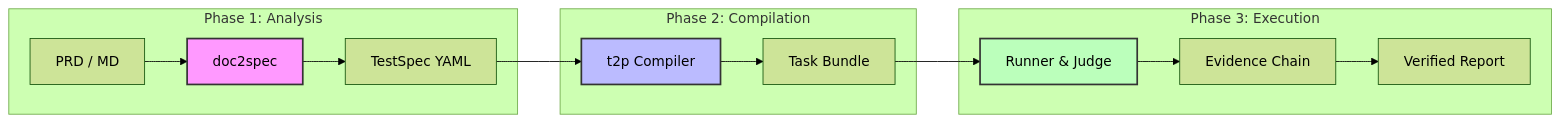
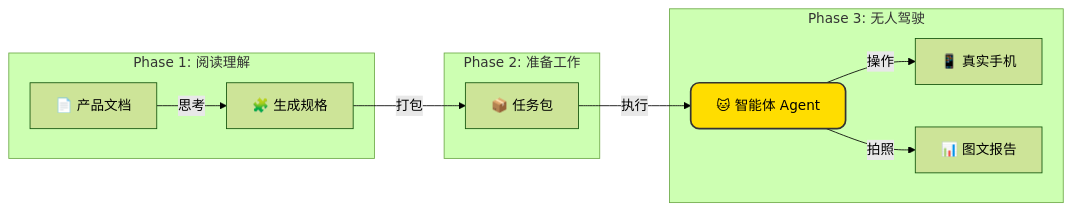
The diagram in README.md (Yell0wMe/TesterAgent), drawn with Mermaid (forest theme) before and after one commit. The commit also changed other lines of this file and 25 other files, not shown here.

````diff
--- a/README.md
+++ b/README.md
@@ -58,22 +67,18 @@
 ```mermaid
 graph LR
-    subgraph "Phase 1: Analysis"
-    Doc[PRD / MD] --> D2S[doc2spec]
-    D2S --> TS[TestSpec YAML]
+    subgraph "Phase 1: 阅读理解"
+    Doc[📄 产品文档] -->|思考| Build[🧩 生成规格]
     end
 
-    subgraph "Phase 2: Compilation"
-    TS --> T2P[t2p Compiler]
-    T2P --> TB[Task Bundle]
+    subgraph "Phase 2: 准备工作"
+    Build -->|打包| Bundle[📦 任务包]
     end
 
-    subgraph "Phase 3: Execution"
-    TB --> Runner[Runner & Judge]
-    Runner --> Evidence[Evidence Chain]
-    Evidence --> Verdict[Verified Report]
+    subgraph "Phase 3: 无人驾驶"
+    Bundle -->|执行| Cat[🐱 智能体 Agent]
+    Cat -->|操作| Phone[📱 真实手机]
+    Cat -->|拍照| Report[📊 图文报告]
     end
 
-    style D2S fill:#f9f,stroke:#333,stroke-width:2px
-    style T2P fill:#bbf,stroke:#333,stroke-width:2px
-    style Runner fill:#bfb,stroke:#333,stroke-width:2px
+    style Cat fill:#ffdd00,stroke:#333,stroke-width:2px,rx:10,ry:10
 ```
````
